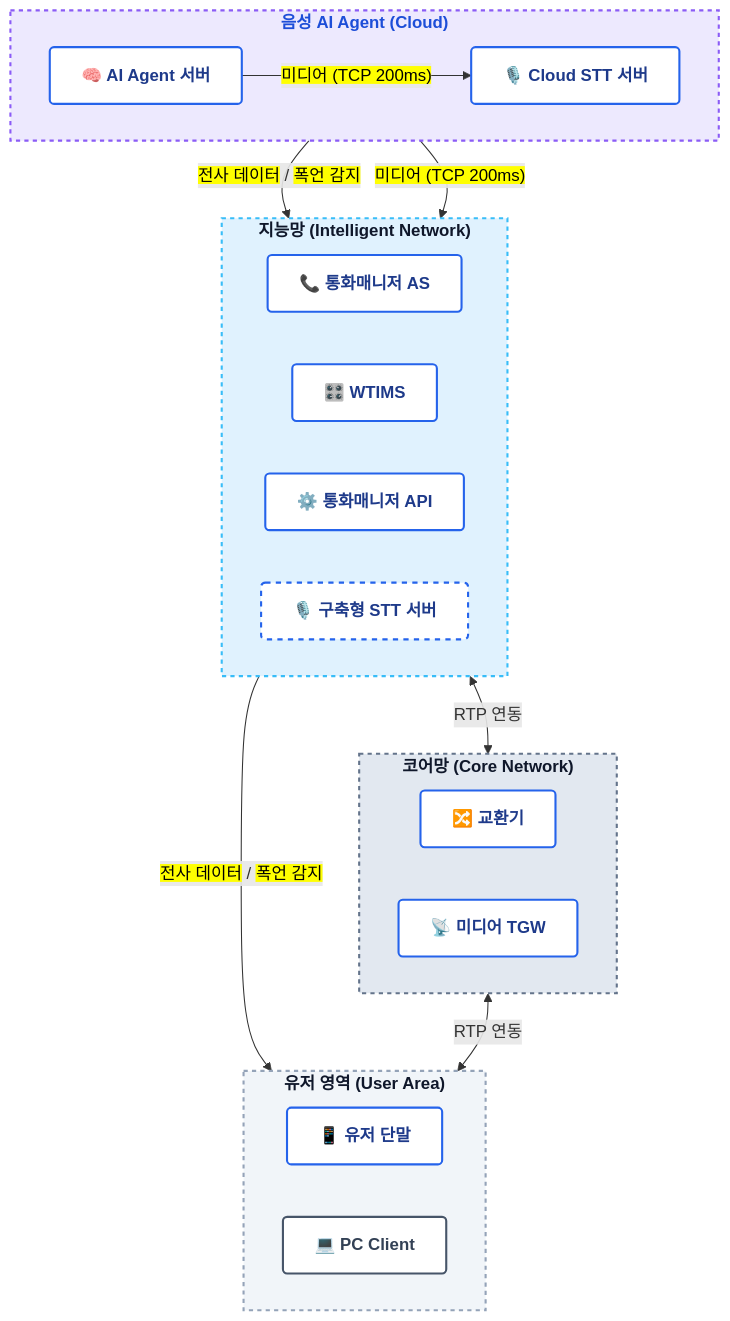
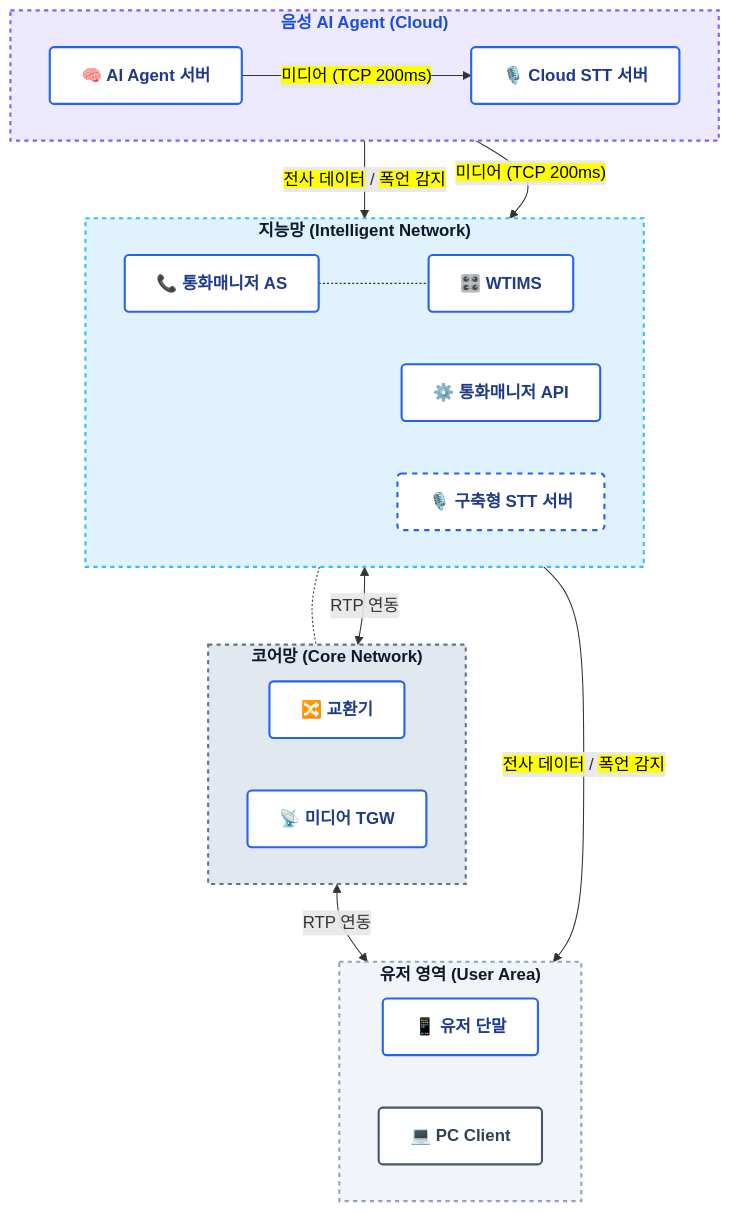
One commit to hak023/sip_pbx changed the diagram in docs/architecture/stt-agent-integration-hybrid-stt.md. Above: the diagram before and after it, drawn with Mermaid.

Commit message:
docs: add call manager control links and enforce top-down subgraph rendering

````diff
--- a/docs/architecture/stt-agent-integration-hybrid-stt.md
+++ b/docs/architecture/stt-agent-integration-hybrid-stt.md
@@ -4,57 +4,61 @@
 ```mermaid
 graph TD
     %% 스타일 정의 (블루 & 화이트 컨설팅 펌 테마)
     classDef default fill:#ffffff,stroke:#cbd5e1,stroke-width:1px,color:#334155,font-family:sans-serif;
     classDef layerBox fill:#f8fafc,stroke:#94a3b8,stroke-width:2px,stroke-dasharray: 4 4,color:#0f172a,font-weight:bold;
     classDef cloudBox fill:#eff6ff,stroke:#60a5fa,stroke-width:2px,stroke-dasharray: 4 4,color:#1d4ed8,font-weight:bold;
     classDef userLayer fill:#f1f5f9,stroke:#94a3b8,stroke-width:2px,stroke-dasharray: 4 4,color:#0f172a,font-weight:bold;
     classDef coreLayer fill:#e2e8f0,stroke:#64748b,stroke-width:2px,stroke-dasharray: 4 4,color:#0f172a,font-weight:bold;
     classDef intellLayer fill:#e0f2fe,stroke:#38bdf8,stroke-width:2px,stroke-dasharray: 4 4,color:#0f172a,font-weight:bold;
     classDef cloudLayer fill:#ede9fe,stroke:#8b5cf6,stroke-width:2px,stroke-dasharray: 4 4,color:#1d4ed8,font-weight:bold;
     classDef nodeBox fill:#ffffff,stroke:#2563eb,stroke-width:2px,color:#1e3a8a,font-weight:bold,rx:4px,ry:4px;
     classDef dashedNodeBox fill:#ffffff,stroke:#2563eb,stroke-width:2px,stroke-dasharray: 5 5,color:#1e3a8a,font-weight:bold,rx:4px,ry:4px;
     classDef clientBox fill:#ffffff,stroke:#475569,stroke-width:2px,color:#334155,font-weight:bold,rx:4px,ry:4px;
 
-    %% 계층별 Subgraph
-    subgraph User_Area ["유저 영역 (User Area)"]
+    %% 계층별 Subgraph (위에서 아래로 선언하여 레이아웃 고정)
+    subgraph Cloud_Agent ["음성 AI Agent (Cloud)"]
         direction LR
-        UserTerminal["📱 유저 단말"]:::nodeBox
-        PCClient["💻 PC Client"]:::clientBox
-    end
-
-    subgraph Core_Network ["코어망 (Core Network)"]
-        direction LR
-        Switch["🔀 교환기"]:::nodeBox
-        MediaTGW["📡 미디어 TGW"]:::nodeBox
+        AIAgent["🧠 AI Agent 서버"]:::nodeBox
+        CloudSTT["🎙️ Cloud STT 서버"]:::nodeBox
     end
 
     subgraph Intelligent_Network ["지능망 (Intelligent Network)"]
         direction LR
         CallManagerAS["📞 통화매니저 AS"]:::nodeBox
         WTIMS["🎛️ WTIMS"]:::nodeBox
         CallManagerAPI["⚙️ 통화매니저 API"]:::nodeBox
         STTServer["🎙️ 구축형 STT 서버"]:::dashedNodeBox
     end
 
-    subgraph Cloud_Agent ["음성 AI Agent (Cloud)"]
+    subgraph Core_Network ["코어망 (Core Network)"]
         direction LR
-        AIAgent["🧠 AI Agent 서버"]:::nodeBox
-        CloudSTT["🎙️ Cloud STT 서버"]:::nodeBox
+        Switch["🔀 교환기"]:::nodeBox
+        MediaTGW["📡 미디어 TGW"]:::nodeBox
+    end
+
+    subgraph User_Area ["유저 영역 (User Area)"]
+        direction LR
+        UserTerminal["📱 유저 단말"]:::nodeBox
+        PCClient["💻 PC Client"]:::clientBox
     end
 
     %% 핵심 연동선 및 RTP 연동
     AIAgent -->|"<mark>전사 데이터</mark> / <mark>폭언 감지</mark>"| CallManagerAPI
     AIAgent -->|"<mark>미디어 (TCP 200ms)</mark>"| CloudSTT
     AIAgent -->|"<mark>미디어 (TCP 200ms)</mark>"| STTServer
     CallManagerAPI -->|"<mark>전사 데이터</mark> / <mark>폭언 감지</mark>"| PCClient
+    
+    %% 제어 연동 (통화매니저AS)
+    CallManagerAS -.- WTIMS
+    CallManagerAS -.- Switch
     
     %% 미디어/RTP 연동
     WTIMS <-->|RTP 연동| MediaTGW
     MediaTGW <-->|RTP 연동| UserTerminal
 
     %% 서브그래프 스타일 적용
     class User_Area userLayer;
     class Core_Network coreLayer;
     class Intelligent_Network intellLayer;
     class Cloud_Agent cloudLayer;
 ```
````
